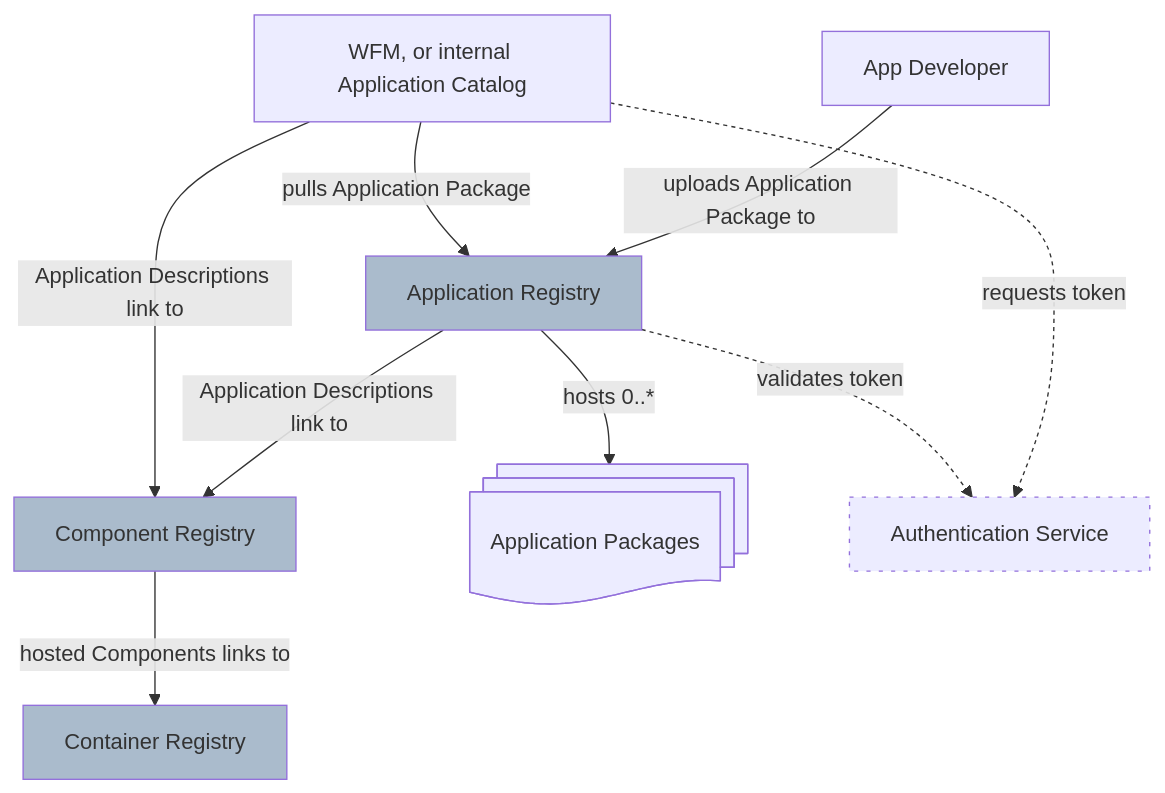
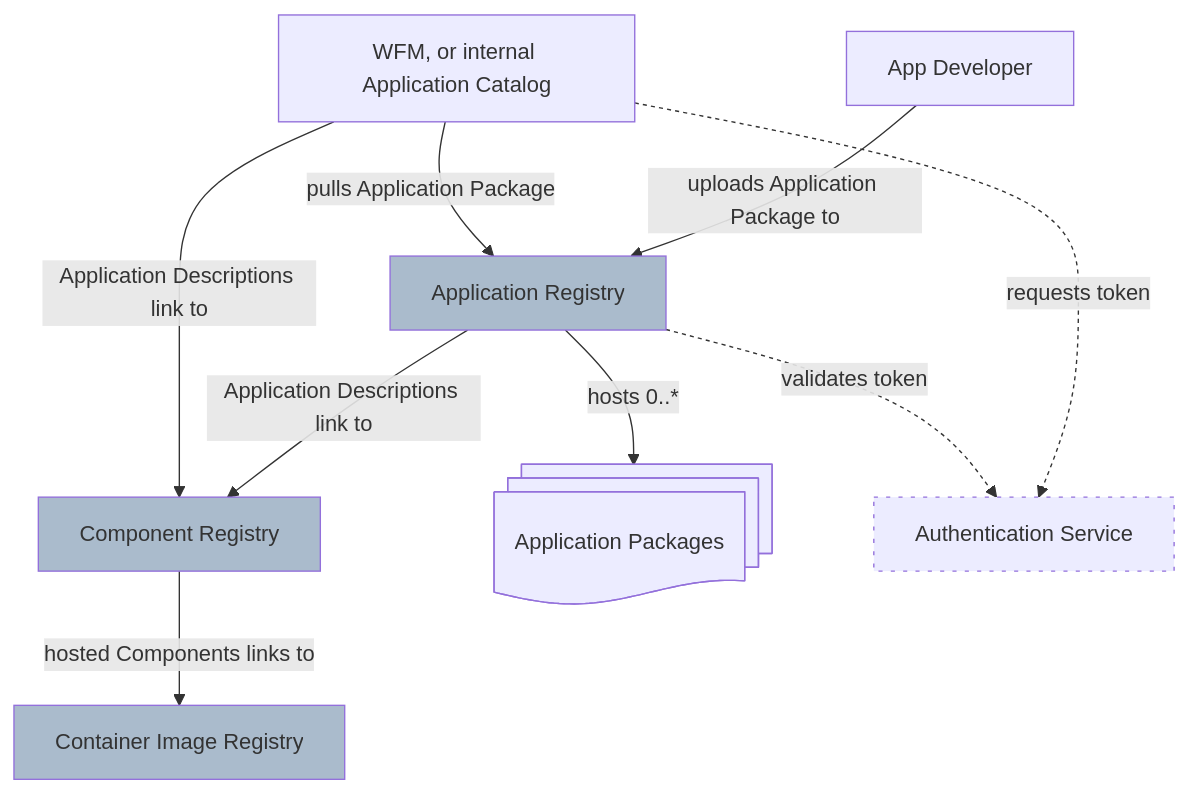
The diagram in system-design/concepts/applications/application-registry.md (Silvanoc/margo-specification), drawn with Mermaid before and after one commit. The commit also changed other lines of this file and 6 other files, not shown here.

````diff
--- a/system-design/concepts/applications/application-registry.md
+++ b/system-design/concepts/applications/application-registry.md
@@ -13,18 +13,18 @@
 ```mermaid
 flowchart
    A[WFM, or internal Application Catalog] -- Application Descriptions link to --> B[Component Registry] 
    C[Application Registry] -- Application Descriptions link to --> B
-   B -- hosted Components links to --> D[Container Registry]
+   B -- hosted Components links to --> D[Container Image Registry]
    A -->|pulls Application Package | C
    F[App Developer] -->|uploads Application Package to| C
    C -->|hosts 0..*| E@{ shape: docs, label: "Application Packages"} 
    C s1@-->|validates token| H[Authentication Service] 
    A s2@-->|requests token| H
    style H stroke-dasharray: 3 6
    style B fill:#ABC
    style C fill:#ABC
    style D fill:#ABC
    classDef dashed stroke-dasharray: 3,6, stroke-dashoffset: 900;
    class s1 dashed
    class s2 dashed
 ```
````
